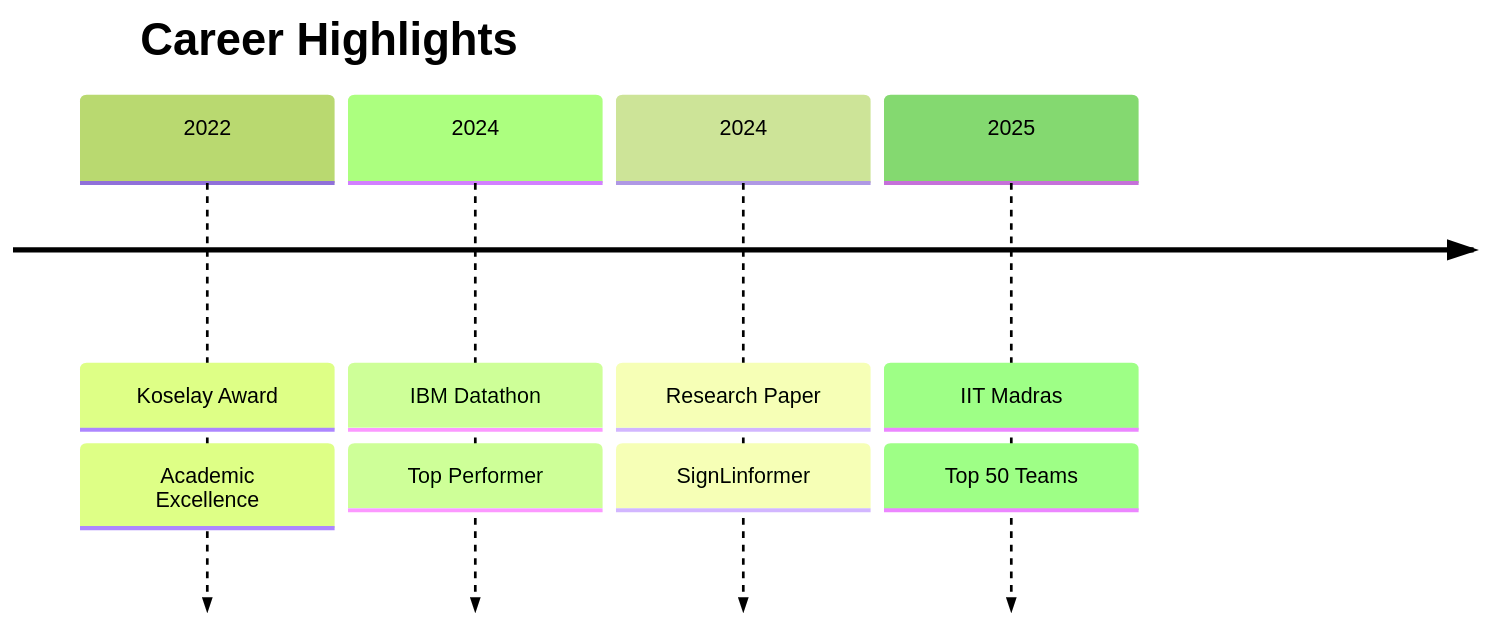
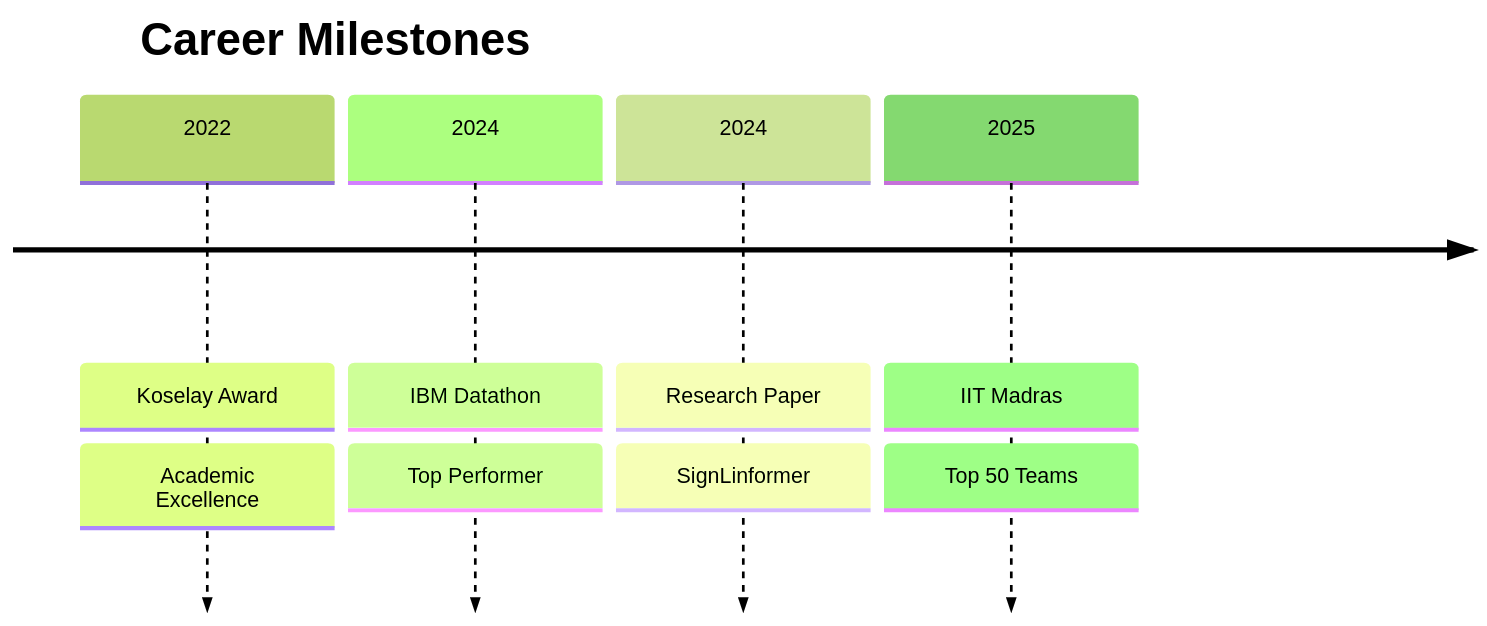
Before and after one commit to ganesha360/ganesha360: the fourth of 4 diagrams in README.md, drawn with Mermaid (forest theme). The commit also changed other lines of this file, not shown here.

````diff
--- a/README.md
+++ b/README.md
@@ -77,8 +137,8 @@
 ```mermaid
 timeline
-    title Career Highlights
+    title Career Milestones
     2022 : Koselay Award : Academic Excellence
     2024 : IBM Datathon : Top Performer
     2024 : Research Paper : SignLinformer
     2025 : IIT Madras : Top 50 Teams
 ```
````
